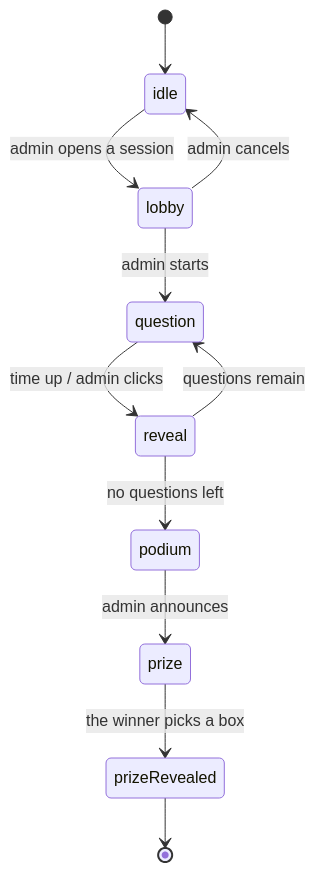
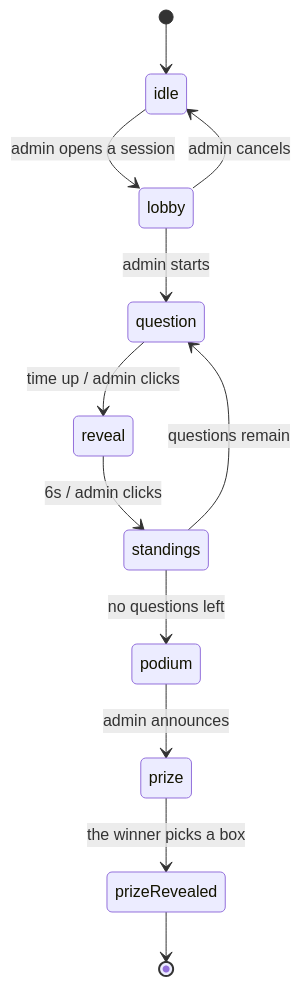
Before and after one commit to kiu-chan/open-day-quiz: the diagram in docs/plan.md, drawn with Mermaid. The commit also changed other lines of this file and 11 other files, not shown here.

````diff
--- a/docs/plan.md
+++ b/docs/plan.md
@@ -34,13 +35,14 @@
 ```mermaid
 stateDiagram-v2
     [*] --> idle
     idle --> lobby: admin opens a session
     lobby --> question: admin starts
     question --> reveal: time up / admin clicks
-    reveal --> question: questions remain
-    reveal --> podium: no questions left
+    reveal --> standings: 6s / admin clicks
+    standings --> question: questions remain
+    standings --> podium: no questions left
     podium --> prize: admin announces
     prize --> prizeRevealed: the winner picks a box
     prizeRevealed --> [*]
     lobby --> idle: admin cancels
 ```
````
